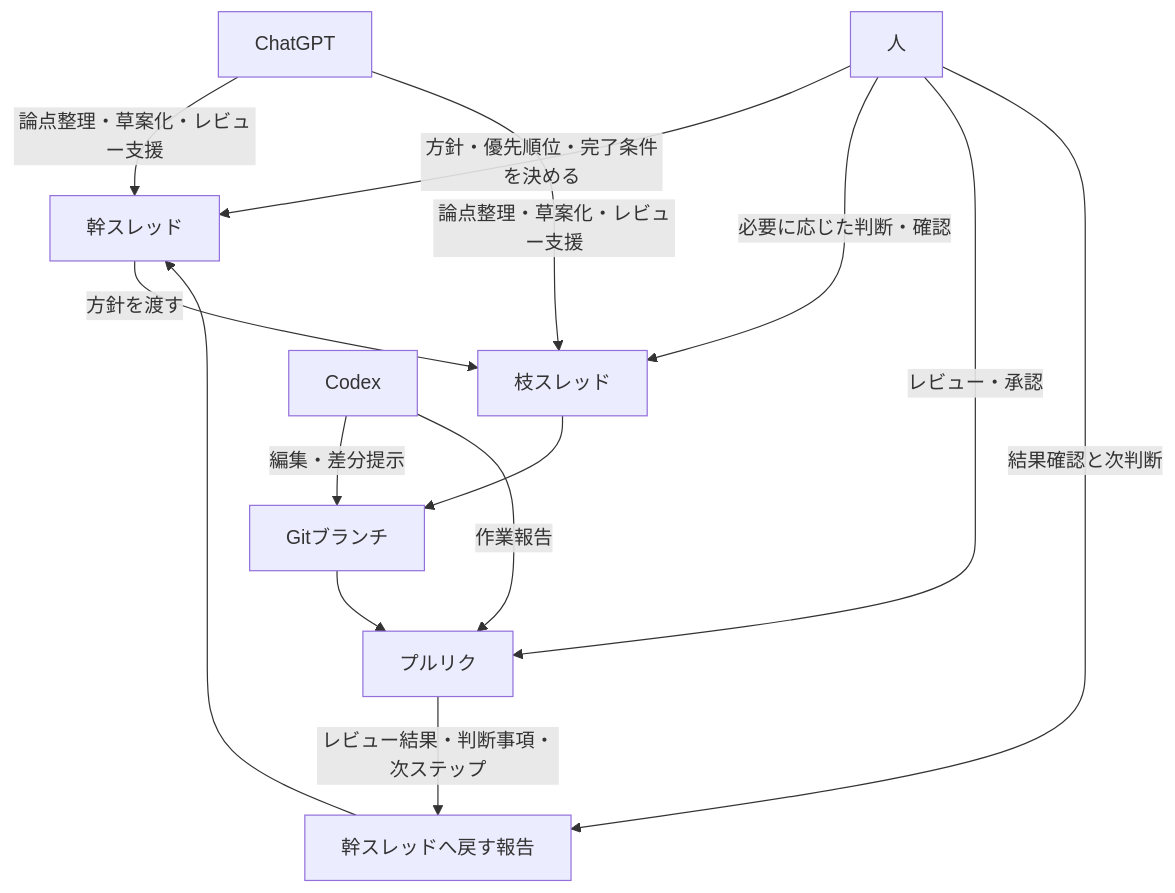
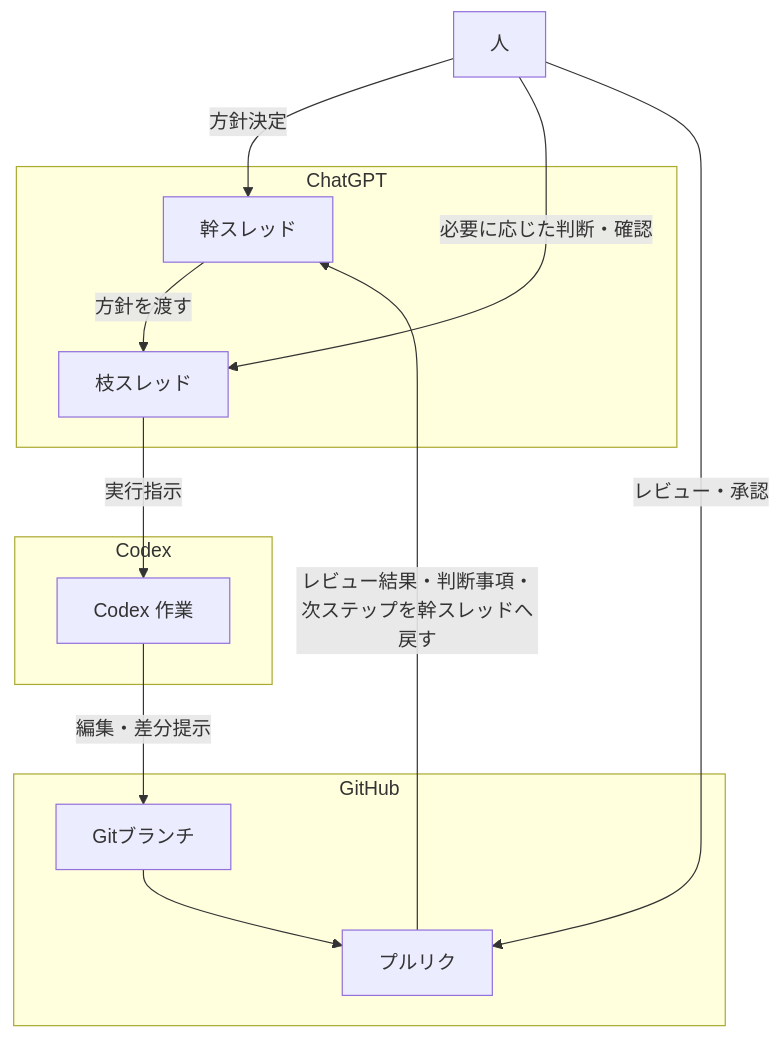
The diagram in docs/diagrams/01_operating_model.md (daisan-chan/chatgpt-codex-playbook), drawn with Mermaid before and after one commit. The commit also changed other lines of this file, not shown here.

Commit message:
Redraw operating model diagram with platform-based structure

````diff
--- a/docs/diagrams/01_operating_model.md
+++ b/docs/diagrams/01_operating_model.md
@@ -5,29 +5,28 @@
 ```mermaid
 flowchart TB
-    M[幹スレッド]
-    B[枝スレッド]
-    G[Gitブランチ]
-    P[プルリク]
-    R[幹スレッドへ戻す報告]
+    H[人]
 
-    H[人]
-    C[ChatGPT]
-    X[Codex]
+    subgraph S1[ChatGPT]
+        M[幹スレッド]
+        B[枝スレッド]
+    end
+
+    subgraph S2[Codex]
+        X[Codex 作業]
+    end
+
+    subgraph S3[GitHub]
+        G[Gitブランチ]
+        P[プルリク]
+    end
 
     M -->|方針を渡す| B
-    B --> G
+    B -->|実行指示| X
+    X -->|編集・差分提示| G
     G --> P
-    P -->|レビュー結果・判断事項・次ステップ| R
-    R --> M
+    P -->|レビュー結果・判断事項・次ステップを幹スレッドへ戻す| M
 
-    H -->|方針・優先順位・完了条件を決める| M
+    H -->|方針決定| M
     H -->|必要に応じた判断・確認| B
     H -->|レビュー・承認| P
-    H -->|結果確認と次判断| R
-
-    C -->|論点整理・草案化・レビュー支援| M
-    C -->|論点整理・草案化・レビュー支援| B
-
-    X -->|編集・差分提示| G
-    X -->|作業報告| P
 ```
````
